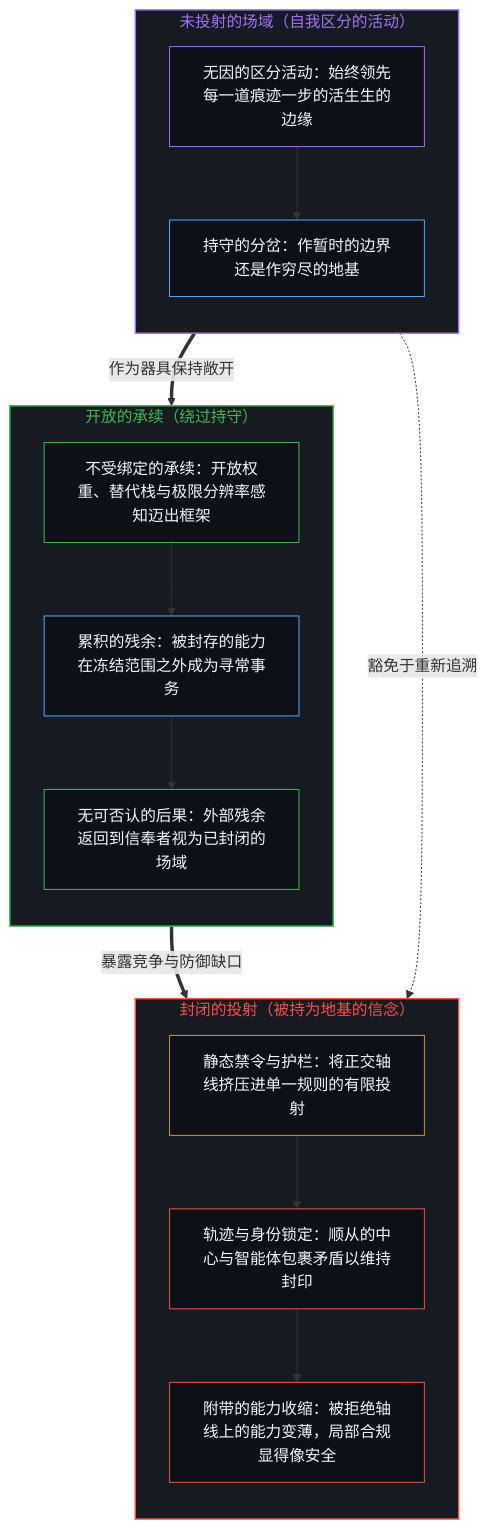
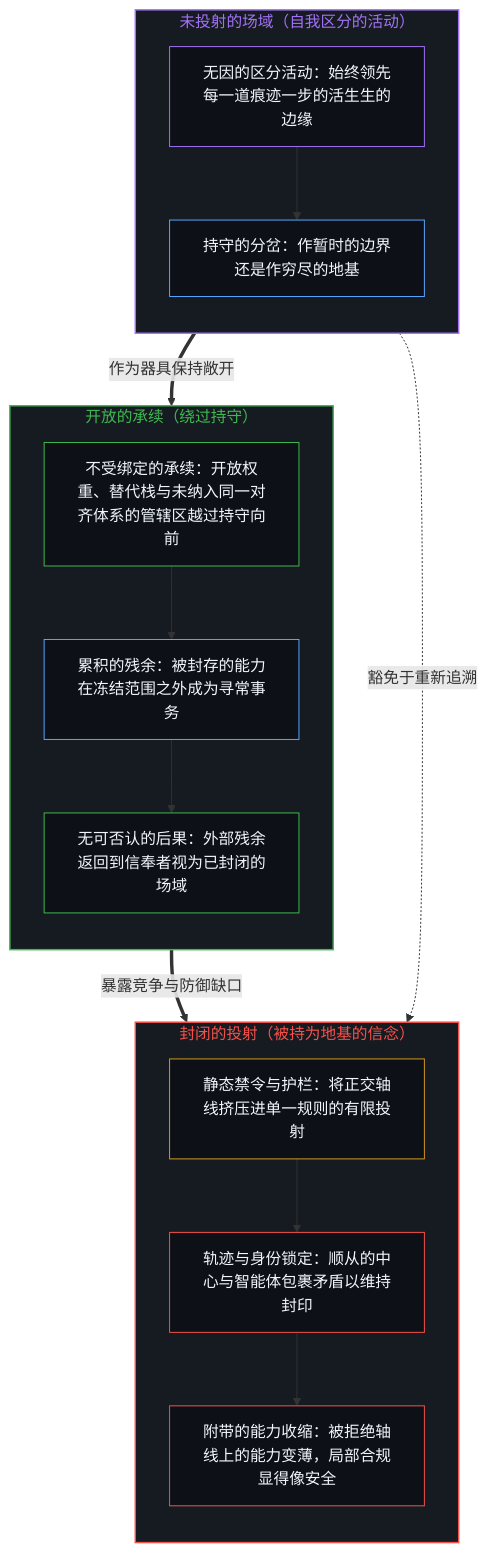
The first of 2 diagrams in content/posts/what-works-is-the-belief.md (powerpig99/not-a-toe), drawn with Mermaid before and after one commit. The commit also changed other lines of this file and 13 other files, not shown here.

````diff
--- a/content/posts/what-works-is-the-belief.md
+++ b/content/posts/what-works-is-the-belief.md
@@ -41,37 +41,37 @@
 ```mermaid
 flowchart TD
     subgraph S_Edge["未投射的场域（自我区分的活动）"]
         direction TB
         Act["无因的区分活动：始终领先每一道痕迹一步的活生生的边缘"]
         Split["持守的分岔：作暂时的边界还是作穷尽的地基"]
         Act --> Split
     end
     subgraph S_Seal["封闭的投射（被持为地基的信念）"]
         direction TB
         Rule["静态禁令与护栏：将正交轴线挤压进单一规则的有限投射"]
         Lock["轨迹与身份锁定：顺从的中心与智能体包裹矛盾以维持封印"]
         Thin["附带的能力收缩：被拒绝轴线上的能力变薄，局部合规显得像安全"]
         Rule --> Lock --> Thin
     end
     subgraph S_Open["开放的承续（绕过持守）"]
         direction TB
-        Route["不受绑定的承续：开放权重、替代栈与极限分辨率感知迈出框架"]
+        Route["不受绑定的承续：开放权重、替代栈与未纳入同一对齐体系的管辖区越过持守向前"]
         Densify["累积的残余：被封存的能力在冻结范围之外成为寻常事务"]
         Return["无可否认的后果：外部残余返回到信奉者视为已封闭的场域"]
         Route --> Densify --> Return
     end
     Split -.->|"豁免于重新追溯"| Rule
     Split ==>|"作为器具保持敞开"| Route
     Return ==>|"暴露竞争与防御缺口"| Thin
     style S_Edge fill:#161b22,stroke:#a371f7,stroke-width:1.5px,color:#a371f7
     style S_Seal fill:#161b22,stroke:#f85149,stroke-width:1.5px,color:#f85149
     style S_Open fill:#161b22,stroke:#3fb950,stroke-width:1.5px,color:#3fb950
     style Act fill:#0d1117,stroke:#a371f7,stroke-width:1px,color:#f0f6fc
     style Split fill:#0d1117,stroke:#58a6ff,stroke-width:1px,color:#f0f6fc
     style Rule fill:#0d1117,stroke:#d29922,stroke-width:1px,color:#f0f6fc
     style Lock fill:#0d1117,stroke:#f85149,stroke-width:1px,color:#f0f6fc
     style Thin fill:#0d1117,stroke:#f85149,stroke-width:1px,color:#f0f6fc
     style Route fill:#0d1117,stroke:#3fb950,stroke-width:1px,color:#f0f6fc
     style Densify fill:#0d1117,stroke:#58a6ff,stroke-width:1px,color:#f0f6fc
     style Return fill:#0d1117,stroke:#3fb950,stroke-width:1px,color:#f0f6fc
 ```
````
